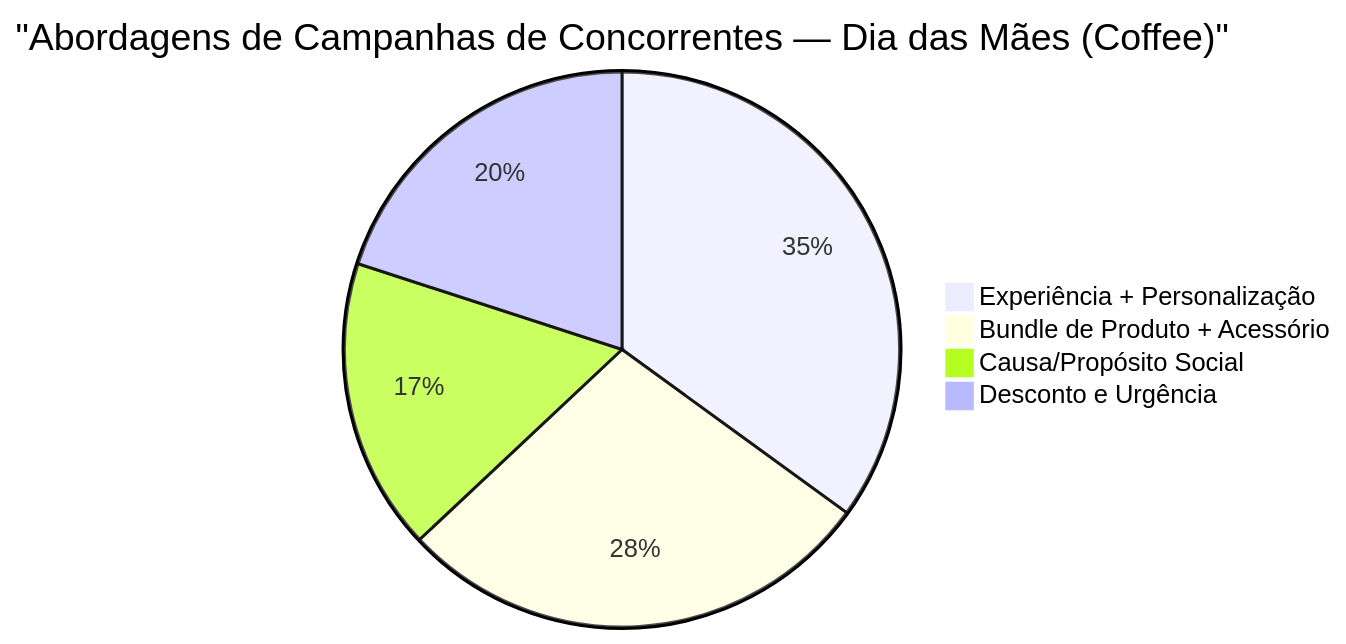
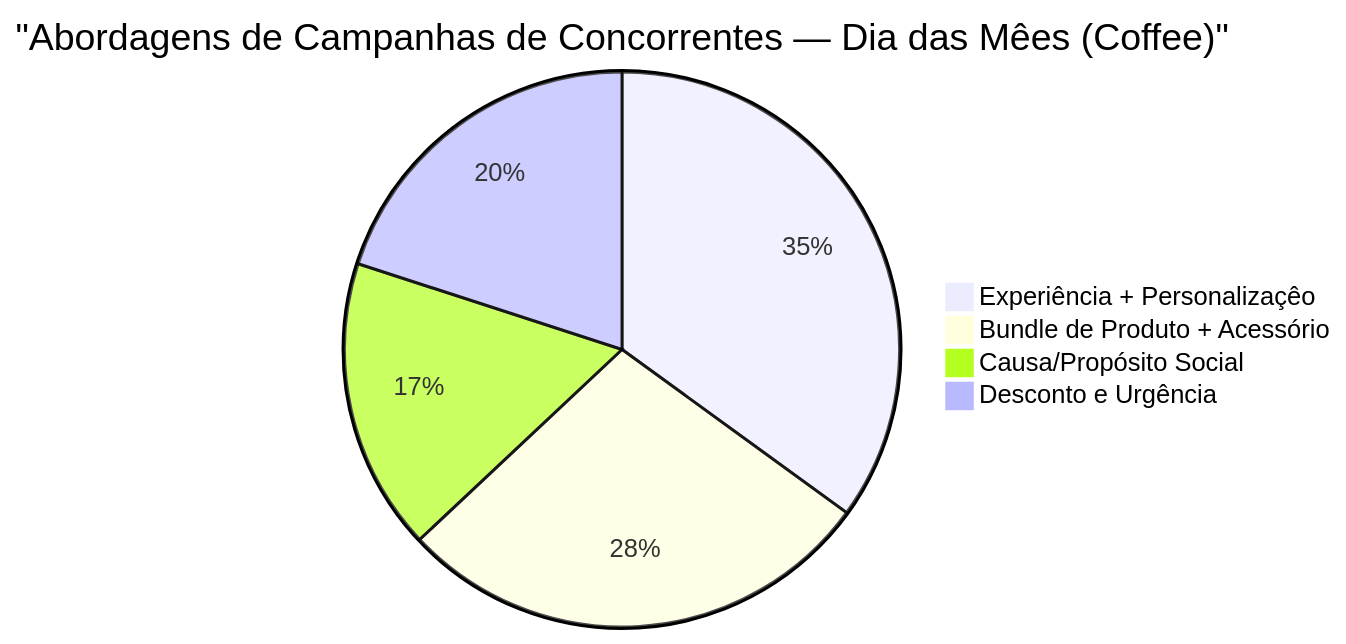
One commit to linnoff88-dev/arckhe-timesmkt2 changed the second of 3 diagrams in prj/coldbrew-coffee-co/outputs/dia_das_maes_2026-05-10/research_brief.md. Above: the diagram before and after it, drawn with Mermaid. The commit also changed other lines of this file and 76 other files, not shown here.

````diff
--- a/prj/coldbrew-coffee-co/outputs/dia_das_maes_2026-05-10/research_brief.md
+++ b/prj/coldbrew-coffee-co/outputs/dia_das_maes_2026-05-10/research_brief.md
@@ -50,7 +50,7 @@
 ```mermaid
-pie title "Abordagens de Campanhas de Concorrentes — Dia das Mães (Coffee)"
-    "Experiência + Personalização" : 35
+pie title "Abordagens de Campanhas de Concorrentes — Dia das Mêes (Coffee)"
+    "Experiência + Personalizaçêo" : 35
     "Bundle de Produto + Acessório" : 28
     "Causa/Propósito Social" : 17
     "Desconto e Urgência" : 20
 ```
````
